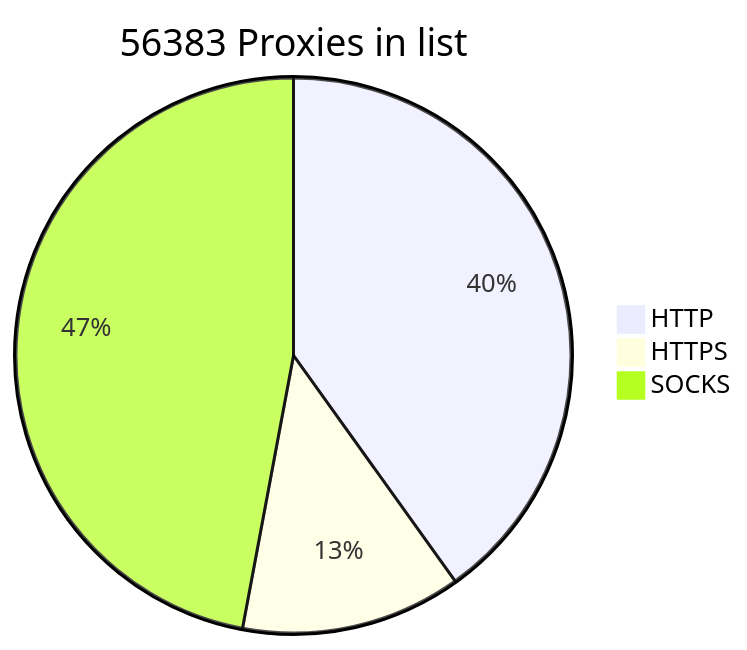
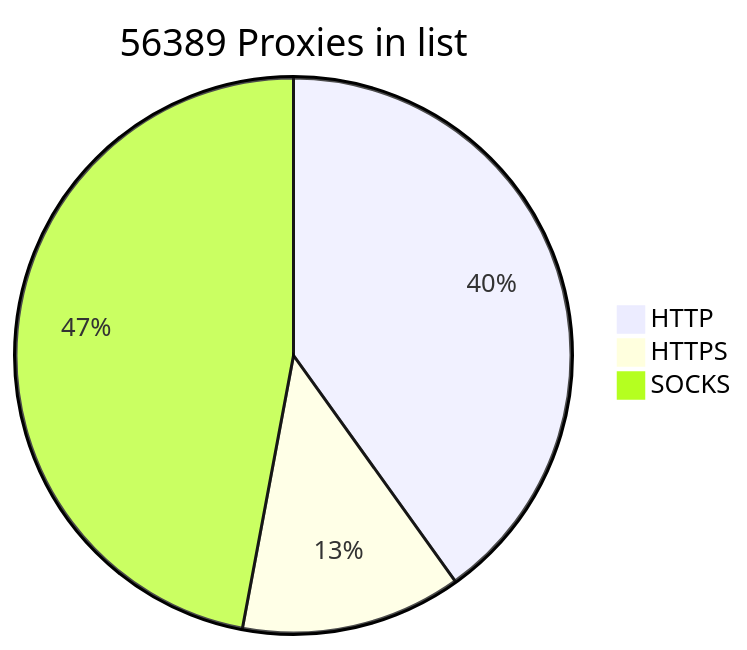
Before and after one commit to BlackSnowDot/proxylist-update-every-minute: the diagram in README.md, drawn with Mermaid.

````diff
--- a/README.md
+++ b/README.md
@@ -2,6 +2,6 @@
 ```mermaid
-pie title 56383 Proxies in list
-    "HTTP" : 25378
-    "HTTPS": 8124
+pie title 56389 Proxies in list
+    "HTTP" : 25382
+    "HTTPS": 8128
     "SOCKS" : 29780
 ```
````
